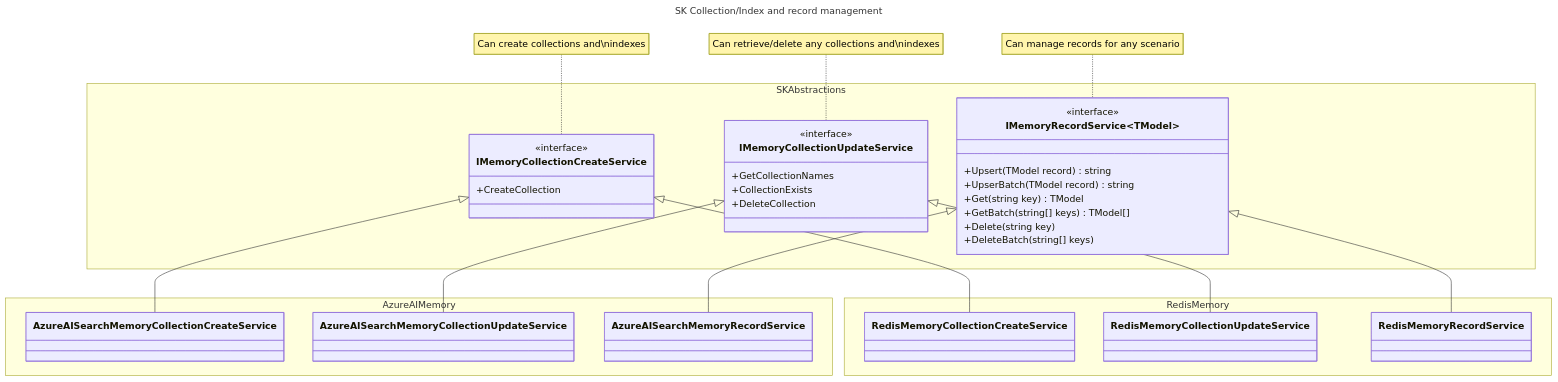
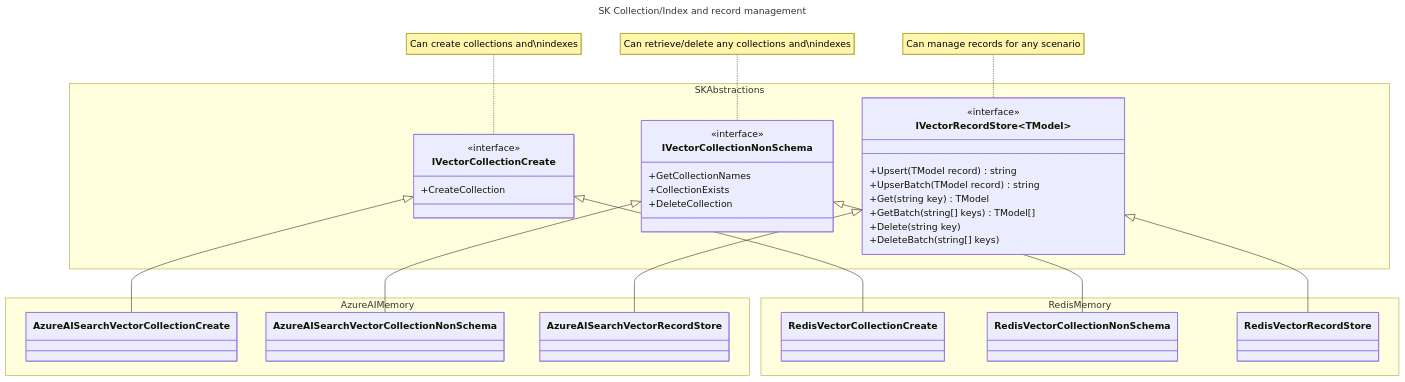
The first of 2 diagrams in docs/decisions/0045-updated-vector-store-design.md (microsoft/semantic-kernel), drawn with Mermaid before and after one commit. The commit also changed other lines of this file and 30 other files, not shown here.

Commit message:
Rename memory to vector.

````diff
--- a/docs/decisions/0045-updated-vector-store-design.md
+++ b/docs/decisions/0045-updated-vector-store-design.md
@@ -91,63 +91,63 @@
 ```mermaid
 ---
 title: SK Collection/Index and record management
 ---
 classDiagram
-    note for IMemoryRecordService "Can manage records for any scenario"
-    note for IMemoryCollectionCreateService "Can create collections and\nindexes"
-    note for IMemoryCollectionUpdateService "Can retrieve/delete any collections and\nindexes"
+    note for IVectorRecordStore "Can manage records for any scenario"
+    note for IVectorCollectionCreate "Can create collections and\nindexes"
+    note for IVectorCollectionNonSchema "Can retrieve/delete any collections and\nindexes"
 
     namespace SKAbstractions{
-        class IMemoryCollectionCreateService{
+        class IVectorCollectionCreate{
             <<interface>>
             +CreateCollection
         }
 
-        class IMemoryCollectionUpdateService{
+        class IVectorCollectionNonSchema{
             <<interface>>
             +GetCollectionNames
             +CollectionExists
             +DeleteCollection
         }
 
-        class IMemoryRecordService~TModel~{
+        class IVectorRecordStore~TModel~{
             <<interface>>
             +Upsert(TModel record) string
             +UpserBatch(TModel record) string
             +Get(string key) TModel
             +GetBatch(string[] keys) TModel[]
             +Delete(string key)
             +DeleteBatch(string[] keys)
         }
     }
 
     namespace AzureAIMemory{
-        class AzureAISearchMemoryCollectionCreateService{
+        class AzureAISearchVectorCollectionCreate{
         }
 
-        class AzureAISearchMemoryCollectionUpdateService{
+        class AzureAISearchVectorCollectionNonSchema{
         }
 
-        class AzureAISearchMemoryRecordService{
+        class AzureAISearchVectorRecordStore{
         }
     }
 
     namespace RedisMemory{
-        class RedisMemoryCollectionCreateService{
+        class RedisVectorCollectionCreate{
         }
 
-        class RedisMemoryCollectionUpdateService{
+        class RedisVectorCollectionNonSchema{
         }
 
-        class RedisMemoryRecordService{
+        class RedisVectorRecordStore{
         }
     }
 
-    IMemoryCollectionCreateService <|-- AzureAISearchMemoryCollectionCreateService
-    IMemoryCollectionUpdateService <|-- AzureAISearchMemoryCollectionUpdateService
-    IMemoryRecordService <|-- AzureAISearchMemoryRecordService
+    IVectorCollectionCreate <|-- AzureAISearchVectorCollectionCreate
+    IVectorCollectionNonSchema <|-- AzureAISearchVectorCollectionNonSchema
+    IVectorRecordStore <|-- AzureAISearchVectorRecordStore
 
-    IMemoryCollectionCreateService <|-- RedisMemoryCollectionCreateService
-    IMemoryCollectionUpdateService <|-- RedisMemoryCollectionUpdateService
-    IMemoryRecordService <|-- RedisMemoryRecordService
+    IVectorCollectionCreate <|-- RedisVectorCollectionCreate
+    IVectorCollectionNonSchema <|-- RedisVectorCollectionNonSchema
+    IVectorRecordStore <|-- RedisVectorRecordStore
 ```
````
